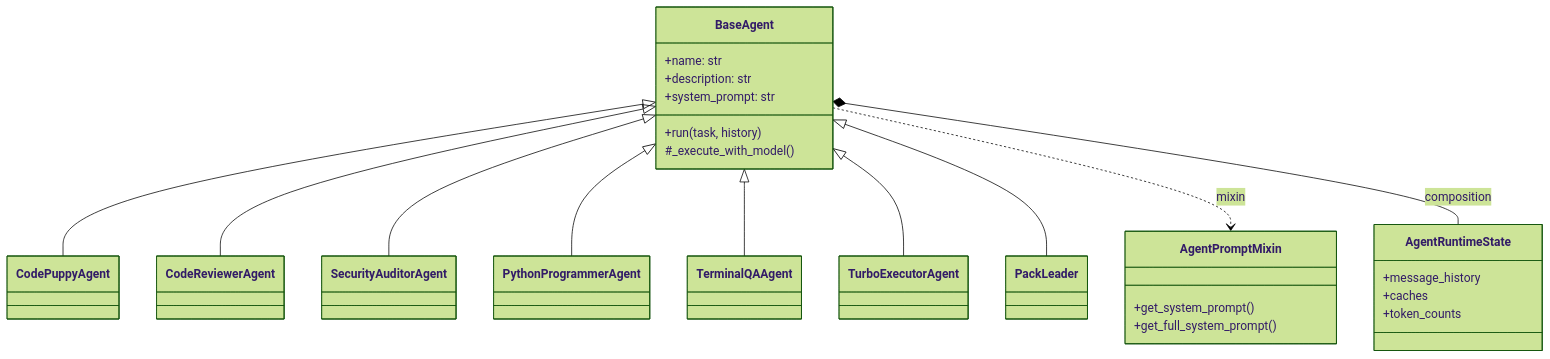
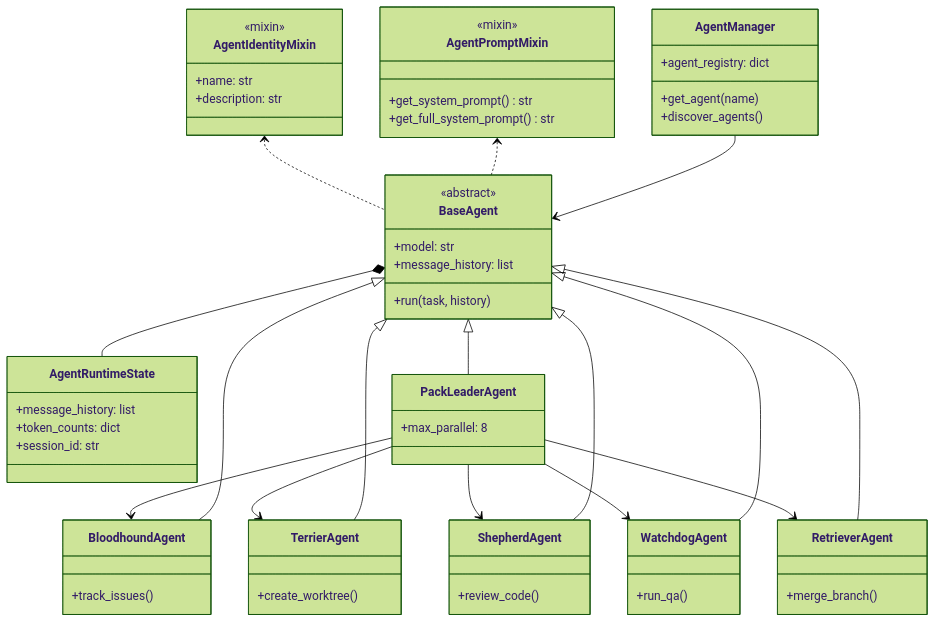
The second of 7 diagrams in architecture_mermaid.md (asx8678/code_puppy), drawn with Mermaid (forest theme) before and after one commit. The commit also changed other lines of this file, not shown here.

Commit message:
docs: update architecture UML — post Elixir migration, Zig removed

````diff
--- a/architecture_mermaid.md
+++ b/architecture_mermaid.md
@@ -114,40 +124,51 @@
 ```mermaid
 classDiagram
-    class BaseAgent {
+    class AgentIdentityMixin {
+        <<mixin>>
         +name: str
         +description: str
-        +system_prompt: str
+    }
+    class AgentPromptMixin {
+        <<mixin>>
+        +get_system_prompt() str
+        +get_full_system_prompt() str
+    }
+    class BaseAgent {
+        <<abstract>>
+        +model: str
+        +message_history: list
         +run(task, history)
-        #_execute_with_model()
     }
-    
-    class AgentPromptMixin {
-        +get_system_prompt()
-        +get_full_system_prompt()
+    class AgentRuntimeState {
+        +message_history: list
+        +token_counts: dict
+        +session_id: str
     }
-    
-    class AgentRuntimeState {
-        +message_history
-        +caches
-        +token_counts
+    class AgentManager {
+        +agent_registry: dict
+        +get_agent(name)
+        +discover_agents()
     }
-    
-    class CodePuppyAgent
-    class CodeReviewerAgent
-    class SecurityAuditorAgent
-    class PythonProgrammerAgent
-    class TerminalQAAgent
-    class TurboExecutorAgent
-    class PackLeader
-    
-    BaseAgent <|-- CodePuppyAgent
-    BaseAgent <|-- CodeReviewerAgent
-    BaseAgent <|-- SecurityAuditorAgent
-    BaseAgent <|-- PythonProgrammerAgent
-    BaseAgent <|-- TerminalQAAgent
-    BaseAgent <|-- TurboExecutorAgent
-    BaseAgent <|-- PackLeader
-    
-    BaseAgent ..> AgentPromptMixin : mixin
-    BaseAgent *-- AgentRuntimeState : composition
+    class PackLeaderAgent { +max_parallel: 8 }
+    class BloodhoundAgent { +track_issues() }
+    class TerrierAgent { +create_worktree() }
+    class ShepherdAgent { +review_code() }
+    class WatchdogAgent { +run_qa() }
+    class RetrieverAgent { +merge_branch() }
+
+    AgentIdentityMixin <.. BaseAgent
+    AgentPromptMixin <.. BaseAgent
+    BaseAgent *-- AgentRuntimeState
+    AgentManager --> BaseAgent
+    BaseAgent <|-- PackLeaderAgent
+    PackLeaderAgent --> BloodhoundAgent
+    PackLeaderAgent --> TerrierAgent
+    PackLeaderAgent --> ShepherdAgent
+    PackLeaderAgent --> WatchdogAgent
+    PackLeaderAgent --> RetrieverAgent
+    BloodhoundAgent --|> BaseAgent
+    TerrierAgent --|> BaseAgent
+    ShepherdAgent --|> BaseAgent
+    WatchdogAgent --|> BaseAgent
+    RetrieverAgent --|> BaseAgent
 ```
````
